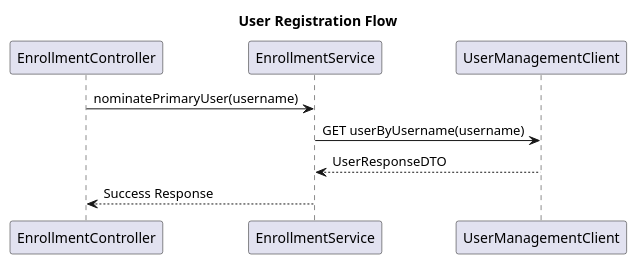
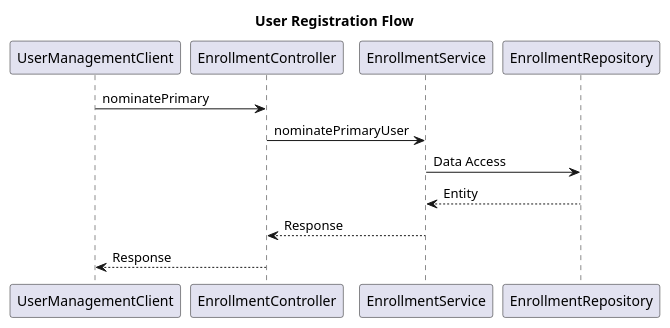
One commit to Dinesh-s95/AutoDoc.ai changed the first of 6 diagrams in enrollment/documentation/detaileddesign.adoc. Above: the diagram before and after it, drawn with PlantUML. The commit also changed other lines of this file and 16 other files, not shown here.

```diff
--- a/enrollment/documentation/detaileddesign.adoc
+++ b/enrollment/documentation/detaileddesign.adoc
@@ -114,9 +104,12 @@
-[plantuml, runtime-sequence]
+[plantuml, runtime-view]
 ----
 title User Registration Flow
-
-EnrollmentController -> EnrollmentService: nominatePrimaryUser(username)
-EnrollmentService -> UserManagementClient: GET userByUsername(username)
-UserManagementClient --> EnrollmentService: UserResponseDTO
-EnrollmentService --> EnrollmentController: Success Response
+participant UserManagementClient
+participant EnrollmentController
+UserManagementClient -> EnrollmentController: nominatePrimary
+EnrollmentController -> EnrollmentService: nominatePrimaryUser
+EnrollmentService -> EnrollmentRepository: Data Access
+EnrollmentRepository --> EnrollmentService: Entity
+EnrollmentService --> EnrollmentController: Response
+EnrollmentController --> UserManagementClient: Response
 ----
```
